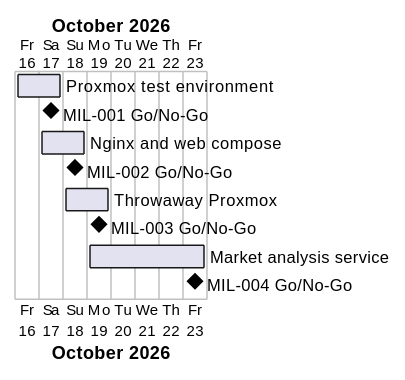
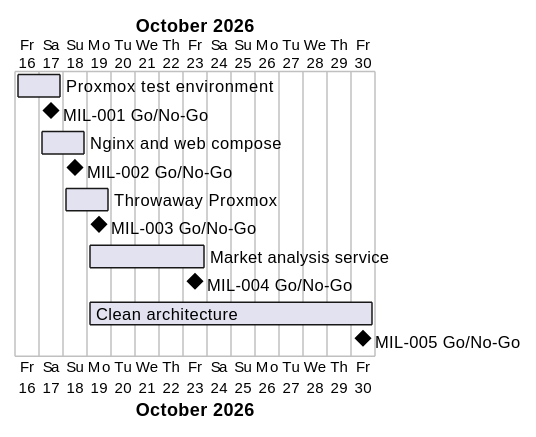
Before and after one commit to NF-Hotel/NFHotel: the diagram in docs/project-plan.md, drawn with PlantUML. The commit also changed other lines of this file and 8 other files, not shown here.

First line of the commit message:
Accept MIL-005 and record ADR-0001 for the clean architecture structure

````diff
--- a/docs/project-plan.md
+++ b/docs/project-plan.md
@@ -40,13 +41,15 @@
 ```plantuml
 @startgantt
 Project starts 2026-10-16
 [Proxmox test environment] starts 2026-10-16 and ends 2026-10-17
 [MIL-001 Go/No-Go] happens 2026-10-17
 [Nginx and web compose] starts 2026-10-17 and ends 2026-10-18
 [MIL-002 Go/No-Go] happens 2026-10-18
 [Throwaway Proxmox] starts 2026-10-18 and ends 2026-10-19
 [MIL-003 Go/No-Go] happens 2026-10-19
 [Market analysis service] starts 2026-10-19 and ends 2026-10-23
 [MIL-004 Go/No-Go] happens 2026-10-23
+[Clean architecture] starts 2026-10-19 and ends 2026-10-30
+[MIL-005 Go/No-Go] happens 2026-10-30
 @endgantt
 ```
````
